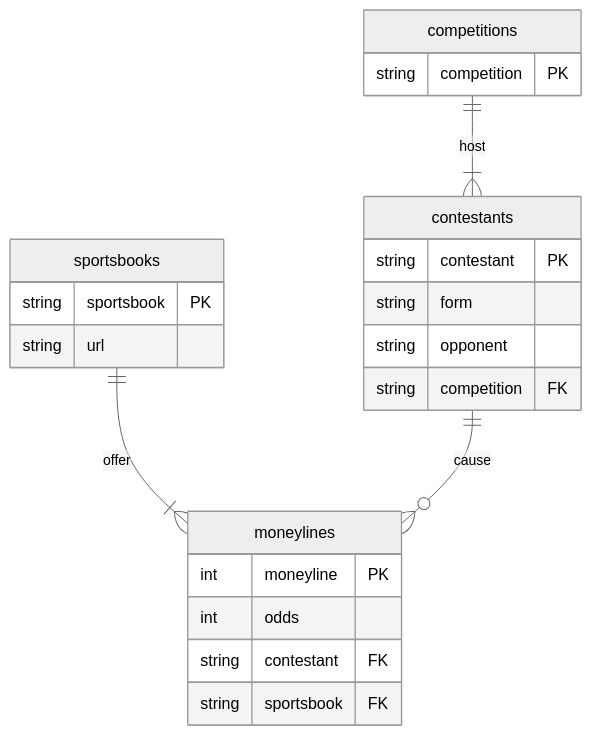
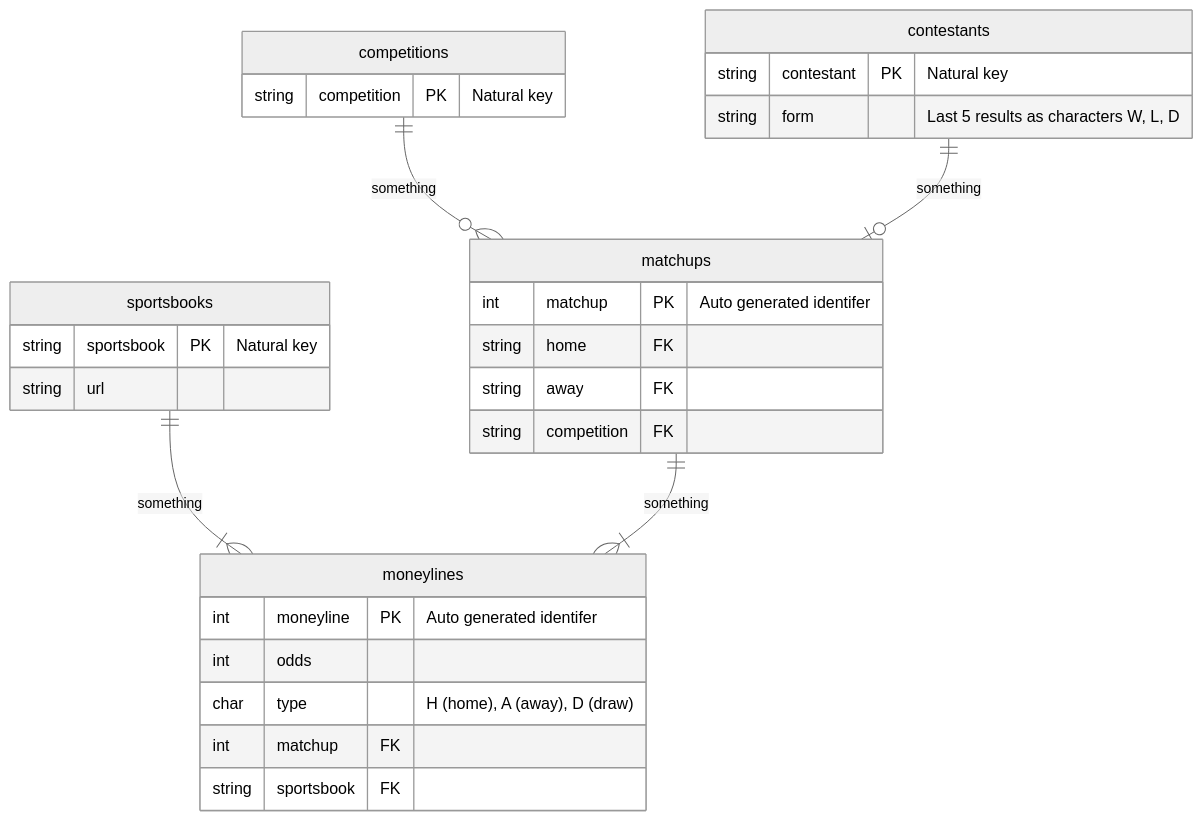
Before and after one commit to EECE3093C/team-project-the-over-under: the diagram in docs/DatabaseDesign/DB-ERD.md, drawn with Mermaid (neutral theme).

Commit message:
Update DB-ERD.md
#65

````diff
--- a/docs/DatabaseDesign/DB-ERD.md
+++ b/docs/DatabaseDesign/DB-ERD.md
@@ -1,30 +1,37 @@
 ```mermaid
 
 erDiagram
-  sportsbooks ||--|{ moneylines : offer
+  sportsbooks ||--|{ moneylines : something
   sportsbooks {
-    string sportsbook PK
+    string sportsbook PK "Natural key"
     string url
   }
   
-  moneylines {
-    int moneyline PK
-    int odds
-    string contestant FK
-    string sportsbook FK
+  competitions ||--o{ matchups : something
+  competitions {
+    string competition PK "Natural key"
   }
   
-  competitions ||--|{ contestants : host
-  competitions {
-    string competition PK
+  contestants ||--o| matchups : something
+  contestants {
+    string contestant PK "Natural key"
+    string form "Last 5 results as characters W, L, D"
   }
   
-  contestants ||--o{ moneylines : cause
-  contestants {
-    string contestant PK
-    string form
-    string opponent
+  matchups ||--|{ moneylines : something
+  matchups {
+    int matchup PK "Auto generated identifer"
+    string home FK
+    string away FK
     string competition FK
+  }
+  
+  moneylines {
+    int moneyline PK "Auto generated identifer"
+    int odds
+    char type "H (home), A (away), D (draw)"
+    int matchup FK
+    string sportsbook FK
   }
 
 ```
````
